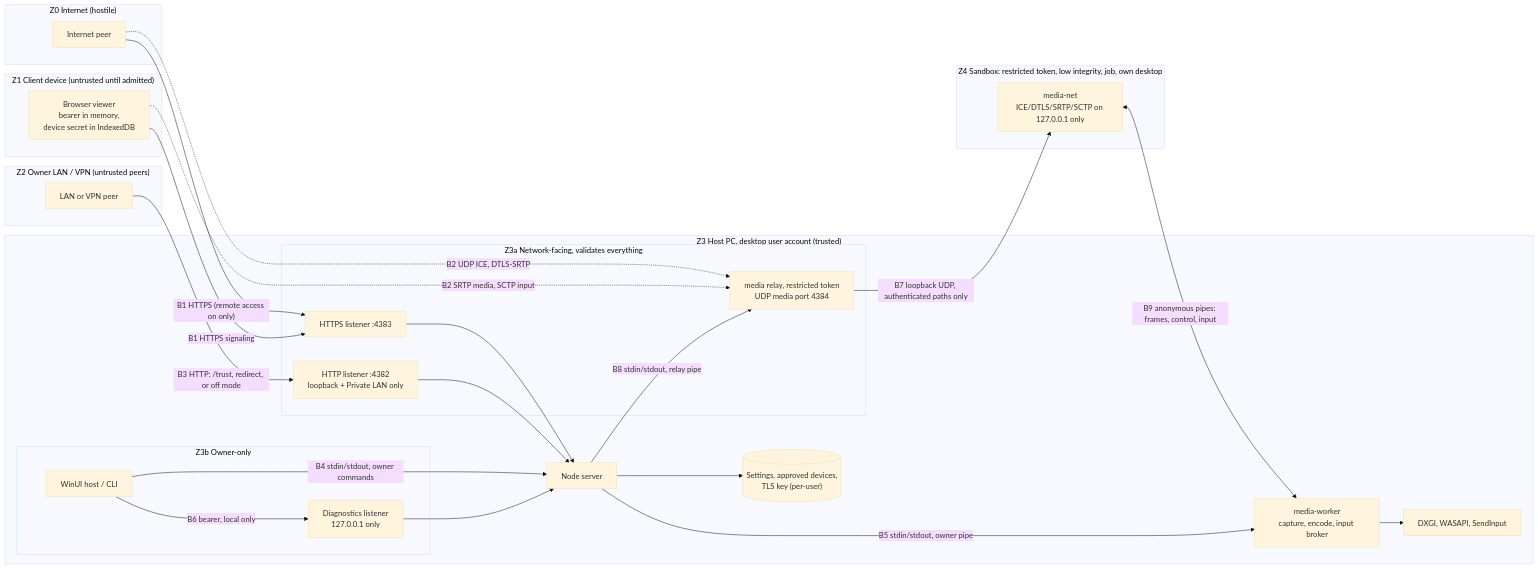
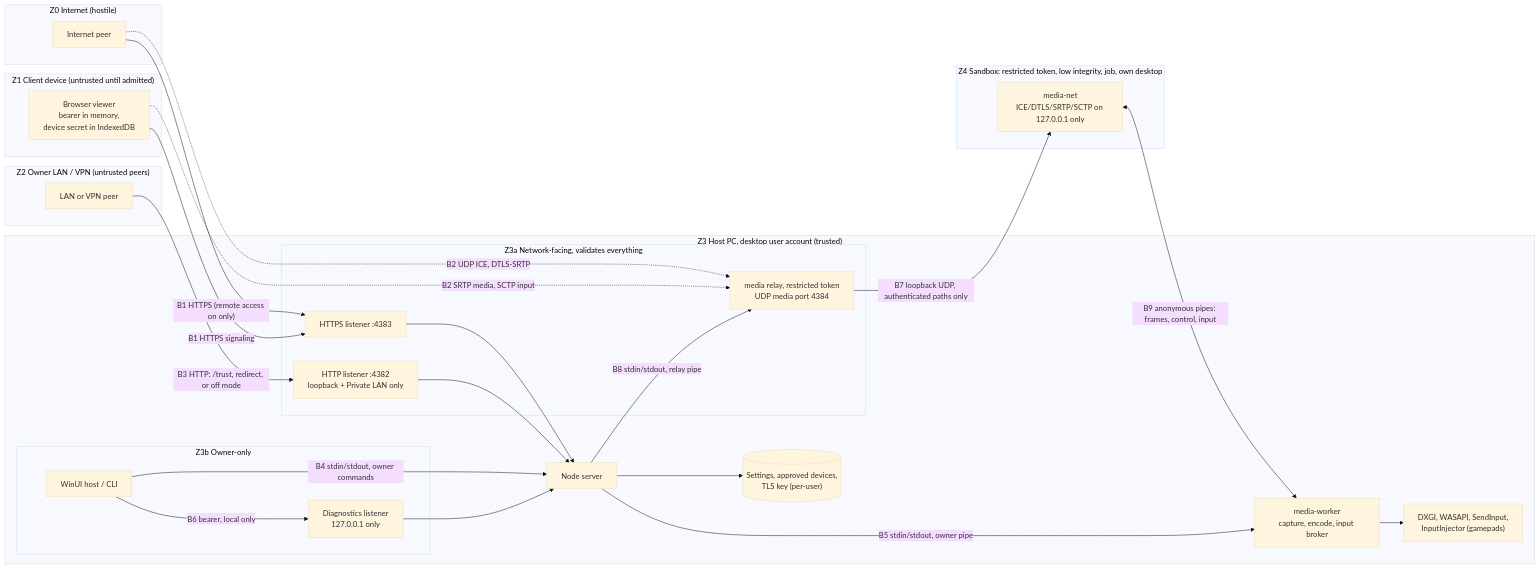
Before and after one commit to kiforsbe/vidvnc: diagram 17 of 20 in docs/ARCHITECTURE.md, drawn with Mermaid (base theme). The commit also changed other lines of this file and 34 other files, not shown here.

````diff
--- a/docs/ARCHITECTURE.md
+++ b/docs/ARCHITECTURE.md
@@ -1188,47 +1228,47 @@
 ```mermaid
 flowchart LR
     subgraph Z0["Z0 Internet (hostile)"]
         inet["Internet peer"]
     end
     subgraph Z1["Z1 Client device (untrusted until admitted)"]
         browser["Browser viewer<br/>bearer in memory,<br/>device secret in IndexedDB"]
     end
     subgraph Z2["Z2 Owner LAN / VPN (untrusted peers)"]
         lanpeer["LAN or VPN peer"]
     end
     subgraph Z3["Z3 Host PC, desktop user account (trusted)"]
         subgraph Z3a["Z3a Network-facing, validates everything"]
             https["HTTPS listener :4383"]
             http["HTTP listener :4382<br/>loopback + Private LAN only"]
             relay["media relay, restricted token<br/>UDP media port 4384"]
         end
         subgraph Z3b["Z3b Owner-only"]
             host["WinUI host / CLI"]
             diag["Diagnostics listener<br/>127.0.0.1 only"]
         end
         server["Node server"]
         worker["media-worker<br/>capture, encode, input broker"]
         store[("Settings, approved devices,<br/>TLS key (per-user)")]
-        os["DXGI, WASAPI, SendInput"]
+        os["DXGI, WASAPI, SendInput,<br/>InputInjector (gamepads)"]
     end
     subgraph Z4["Z4 Sandbox: restricted token, low integrity, job, own desktop"]
         net["media-net<br/>ICE/DTLS/SRTP/SCTP on 127.0.0.1 only"]
     end
 
     inet -->|"B1 HTTPS (remote access on only)"| https
     inet -.->|"B2 UDP ICE, DTLS-SRTP"| relay
     browser -->|"B1 HTTPS signaling"| https
     lanpeer -->|"B3 HTTP: /trust, redirect, or off mode"| http
     browser -.->|"B2 SRTP media, SCTP input"| relay
     https --> server
     http --> server
     relay -->|"B7 loopback UDP, authenticated paths only"| net
     net <-->|"B9 anonymous pipes: frames, control, input"| worker
     host -->|"B4 stdin/stdout, owner commands"| server
     server -->|"B5 stdin/stdout, owner pipe"| worker
     server -->|"B8 stdin/stdout, relay pipe"| relay
     host -->|"B6 bearer, local only"| diag
     diag --> server
     server --> store
     worker --> os
 ```
````
